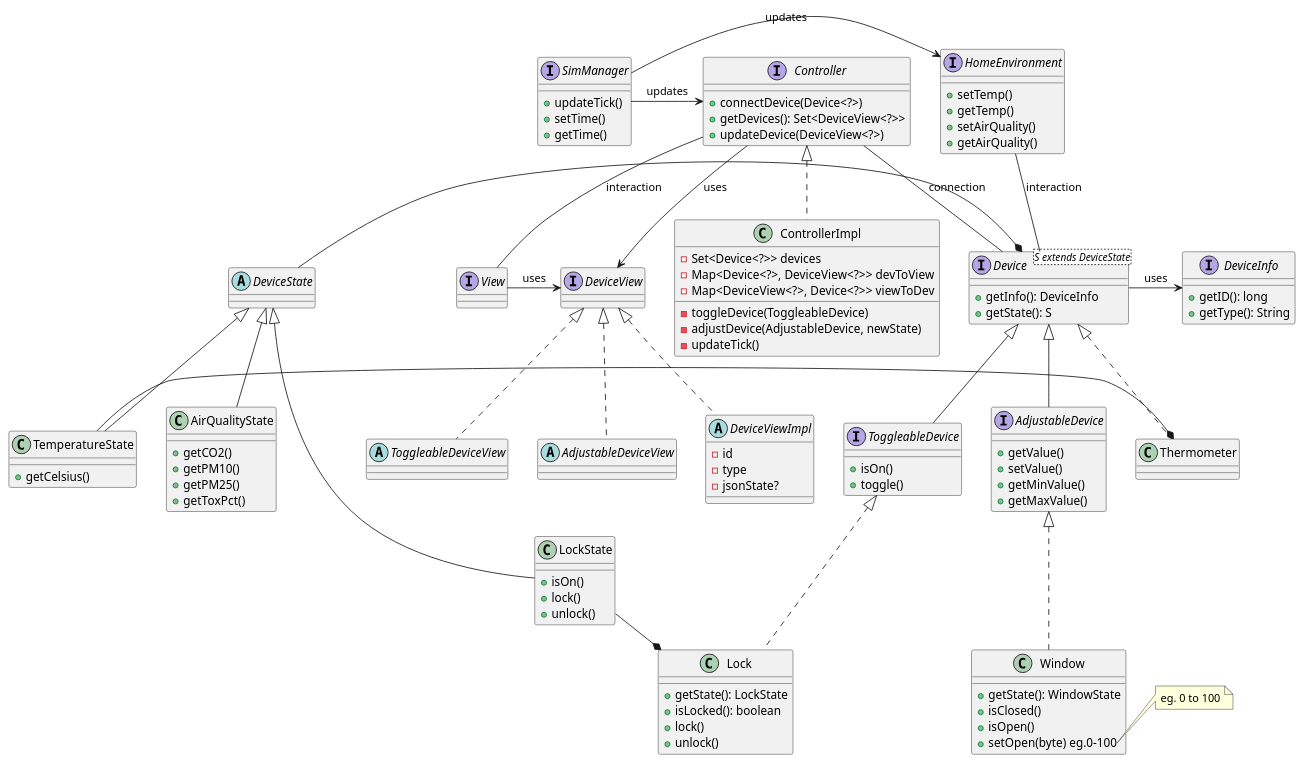
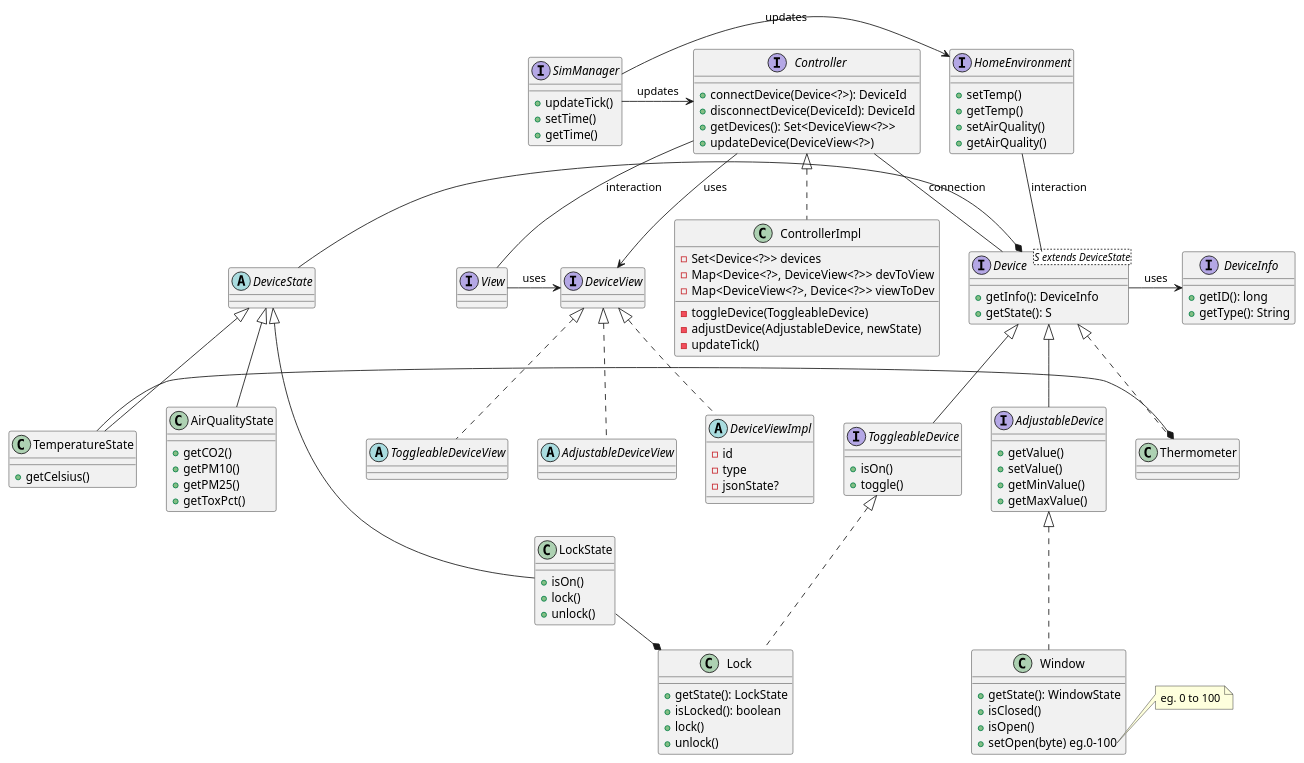
Before and after one commit to progetto-oop-22-23/OOP-report: the diagram in uml/wip2.plantuml, drawn with PlantUML.

Commit message:
add old changes to wip2
to be scrapped as it is outdated

```diff
--- a/uml/wip2.plantuml
+++ b/uml/wip2.plantuml
@@ -1,131 +1,132 @@
 @startuml
 
 /' MODEL '/
 
 interface SimManager {
 	+ updateTick()
 	+ setTime()
 	+ getTime()
 }
 
 interface Controller {
-	+ connectDevice(Device<?>)
+	+ connectDevice(Device<?>): DeviceId
+	+ disconnectDevice(DeviceId): DeviceId
 	+ getDevices(): Set<DeviceView<?>>
 	+ updateDevice(DeviceView<?>)
 }
 
 class ControllerImpl implements Controller {
 	- Set<Device<?>> devices
 	- Map<Device<?>, DeviceView<?>> devToView
 	- Map<DeviceView<?>, Device<?>> viewToDev
 	- toggleDevice(ToggleableDevice)
 	- adjustDevice(AdjustableDevice, newState)
 	- updateTick()
 }
 
 interface Device<S extends DeviceState> {
 	+ getInfo(): DeviceInfo
 	+ getState(): S
 }
 
 interface ToggleableDevice implements Device {
 	+ isOn()
 	+ toggle()
 }
 
 interface AdjustableDevice implements Device {
 	+ getValue()
 	+ setValue()
 	+ getMinValue()
 	+ getMaxValue()
 }
 
 interface DeviceInfo {
 	+ getID(): long
 	+ getType(): String
 }
 
 abstract class DeviceState {}
 
 class LockState extends DeviceState {
 	+ isOn()
 	+ lock()
 	+ unlock()
 }
 
 class TemperatureState extends DeviceState {
 	+ getCelsius()
 }
 
 class AirQualityState extends DeviceState {
 	+ getCO2()
 	+ getPM10()
 	+ getPM25()
 	+ getToxPct()
 }
 
 class Lock implements ToggleableDevice {
 	+ getState(): LockState
 	+ isLocked(): boolean
 	+ lock()
 	+ unlock()
 }
 
 class Thermometer implements Device {}
 
 class Window implements AdjustableDevice {
 	+ getState(): WindowState
 	+ isClosed()
 	+ isOpen()
 	+ setOpen(byte) eg.0-100
 }
 note right of Window::setOpen
 eg. 0 to 100
 end note
 
 /' VIEW '/
 
 interface DeviceView {
 
 }
 
 abstract class ToggleableDeviceView implements DeviceView {}
 abstract class AdjustableDeviceView implements DeviceView {}
 
 abstract class DeviceViewImpl implements DeviceView {
 	- id
 	- type
 	- jsonState?
 }
 
 interface View {}
 
 /' LINKS '/
 
 SimManager -> Controller: updates
 SimManager -> HomeEnvironment: updates
 
 Controller -- Device: connection
 Device -> DeviceInfo: uses
 Controller -> DeviceView: uses
 Controller -- View: interaction
 View -> DeviceView: uses
 
 'LockState -* Device
 'TempState -* Device
 'AirQualityState -* Device
 DeviceState -* Device
 
 LockState -* Lock
 TemperatureState -* Thermometer
 
 interface HomeEnvironment {
 	+ setTemp()
 	+ getTemp()
 	+ setAirQuality()
 	+ getAirQuality()
 }
 
 HomeEnvironment -- Device: interaction
 
 @enduml
```
